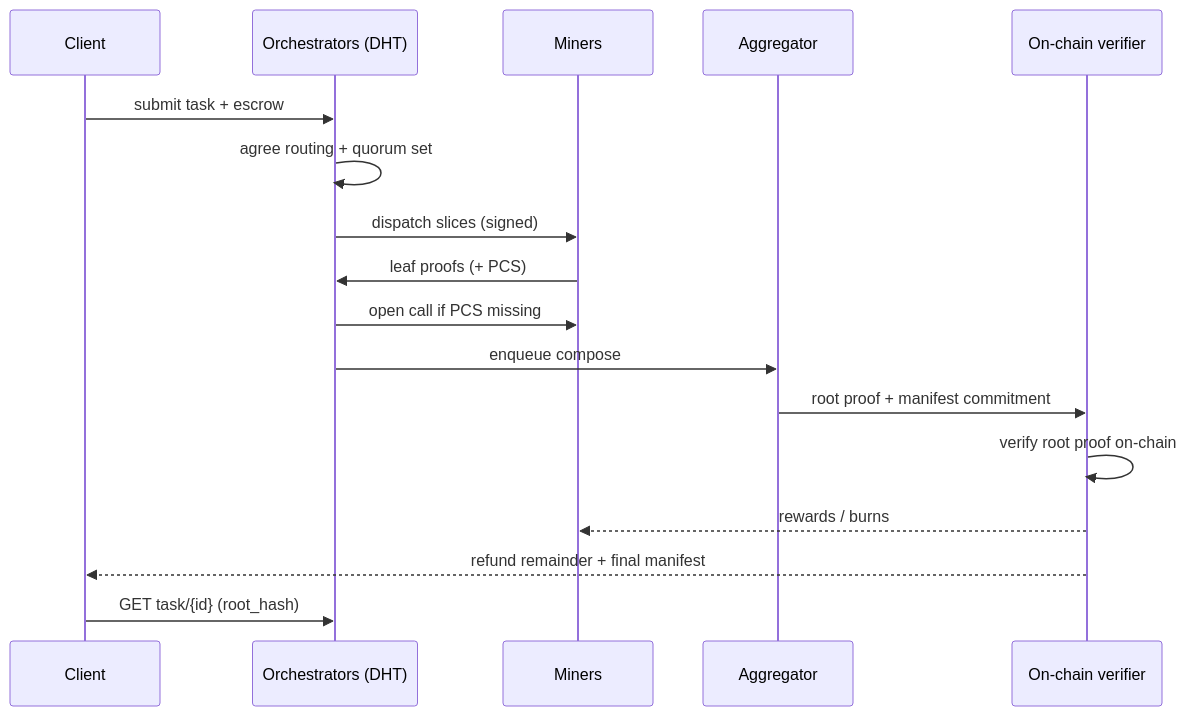
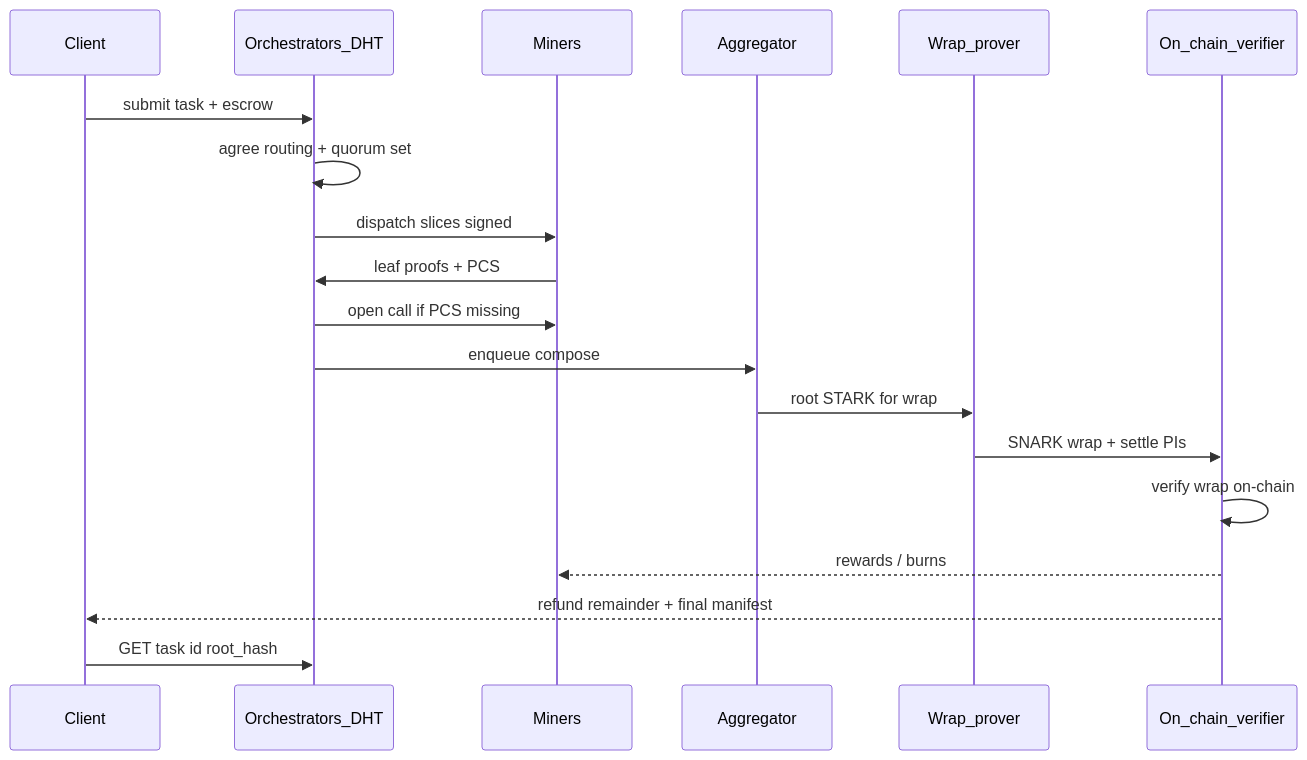
Before and after one commit to world-qc/wqc-docs: the second of 2 diagrams in spec/architecture.md, drawn with Mermaid. The commit also changed other lines of this file and 6 other files, not shown here.

First line of the commit message:
Update SNARK wrap documentation and add WQC v0.4 whitepaper (#16)

````diff
--- a/spec/architecture.md
+++ b/spec/architecture.md
@@ -164,20 +169,22 @@
 ```mermaid
 sequenceDiagram
   participant C as Client
-  participant O as Orchestrators (DHT)
+  participant O as Orchestrators_DHT
   participant N as Miners
   participant A as Aggregator
-  participant V as On-chain verifier
+  participant W as Wrap_prover
+  participant V as On_chain_verifier
 
   C->>O: submit task + escrow
   O->>O: agree routing + quorum set
-  O->>N: dispatch slices (signed)
-  N->>O: leaf proofs (+ PCS)
+  O->>N: dispatch slices signed
+  N->>O: leaf proofs + PCS
   O->>N: open call if PCS missing
   O->>A: enqueue compose
-  A->>V: root proof + manifest commitment
-  V->>V: verify root proof on-chain
+  A->>W: root STARK for wrap
+  W->>V: SNARK wrap + settle PIs
+  V->>V: verify wrap on-chain
   V-->>N: rewards / burns
   V-->>C: refund remainder + final manifest
-  C->>O: GET task/{id} (root_hash)
+  C->>O: GET task id root_hash
 ```
````
